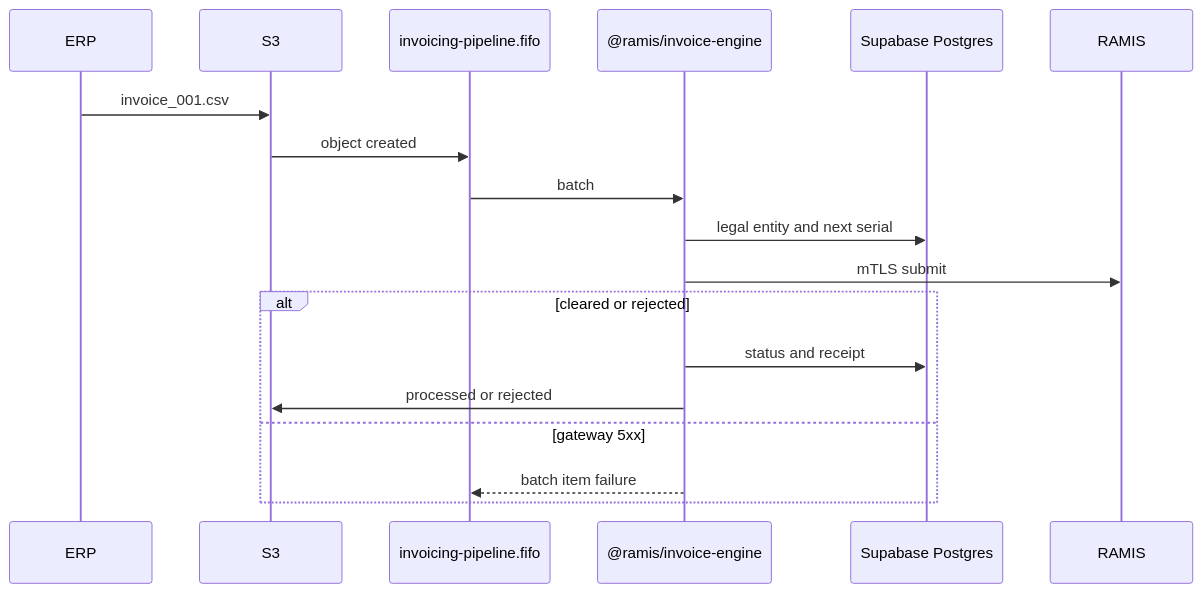
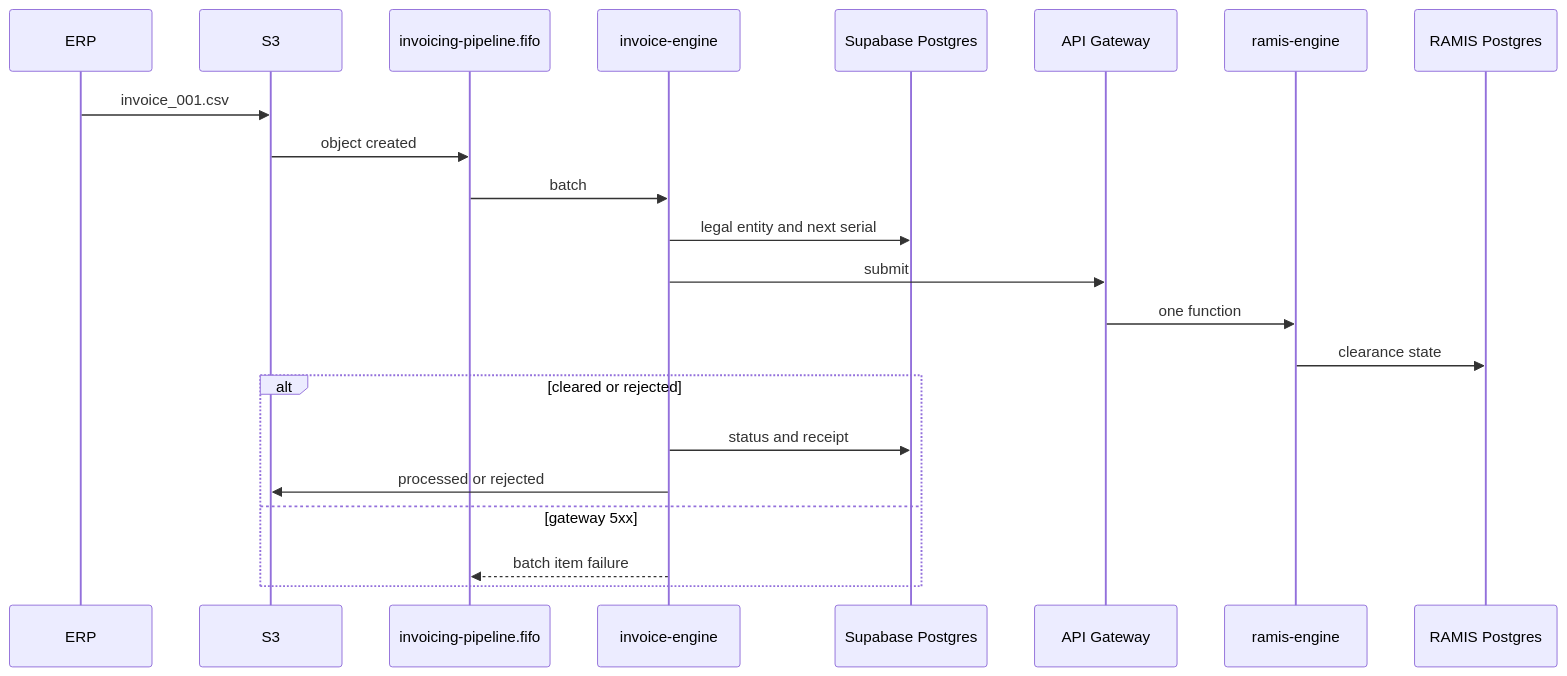
The second of 2 diagrams in docs/architecture.md (bumuthu/invoz), drawn with Mermaid before and after one commit. The commit also changed other lines of this file and 26 other files, not shown here.

Commit message:
ramis mock engine

````diff
--- a/docs/architecture.md
+++ b/docs/architecture.md
@@ -74,21 +79,25 @@
 ```mermaid
 sequenceDiagram
   participant ERP
   participant S3
   participant FIFO as invoicing-pipeline.fifo
-  participant Lambda as @ramis/invoice-engine
+  participant Lambda as invoice-engine
   participant DB as Supabase Postgres
-  participant RAMIS
+  participant API as API Gateway
+  participant Engine as ramis-engine
+  participant RAMIS as RAMIS Postgres
 
   ERP->>S3: invoice_001.csv
   S3->>FIFO: object created
   FIFO->>Lambda: batch
   Lambda->>DB: legal entity and next serial
-  Lambda->>RAMIS: mTLS submit
+  Lambda->>API: submit
+  API->>Engine: one function
+  Engine->>RAMIS: clearance state
   alt cleared or rejected
     Lambda->>DB: status and receipt
     Lambda->>S3: processed or rejected
   else gateway 5xx
     Lambda-->>FIFO: batch item failure
   end
 ```
````
